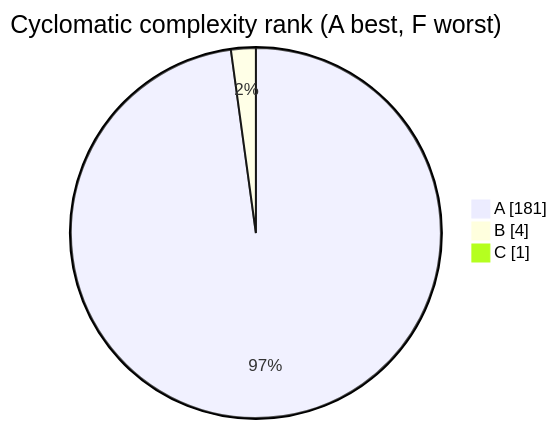
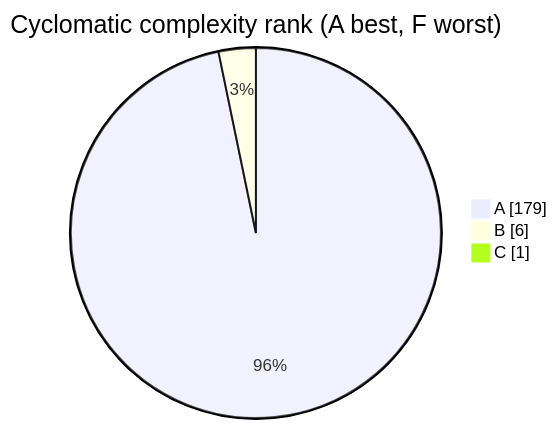
Before and after one commit to Kgotso-Koete/fastapi-clean-example: the diagram in docs/wiki/generated/complexity.md, drawn with Mermaid. The commit also changed other lines of this file and 26 other files, not shown here.

````diff
--- a/docs/wiki/generated/complexity.md
+++ b/docs/wiki/generated/complexity.md
@@ -27,8 +27,8 @@
     ```mermaid
     %%{init: {"theme": "default", "themeVariables": {"fontSize": "14px"}, "flowchart": {"nodeSpacing": 20, "rankSpacing": 16, "padding": 10, "subGraphTitleMargin": {"top": 5, "bottom": 12}, "useMaxWidth": false}}}%%
     pie showData
         title Cyclomatic complexity rank (A best, F worst)
-        "A" : 181
-        "B" : 4
+        "A" : 179
+        "B" : 6
         "C" : 1
     ```
````
